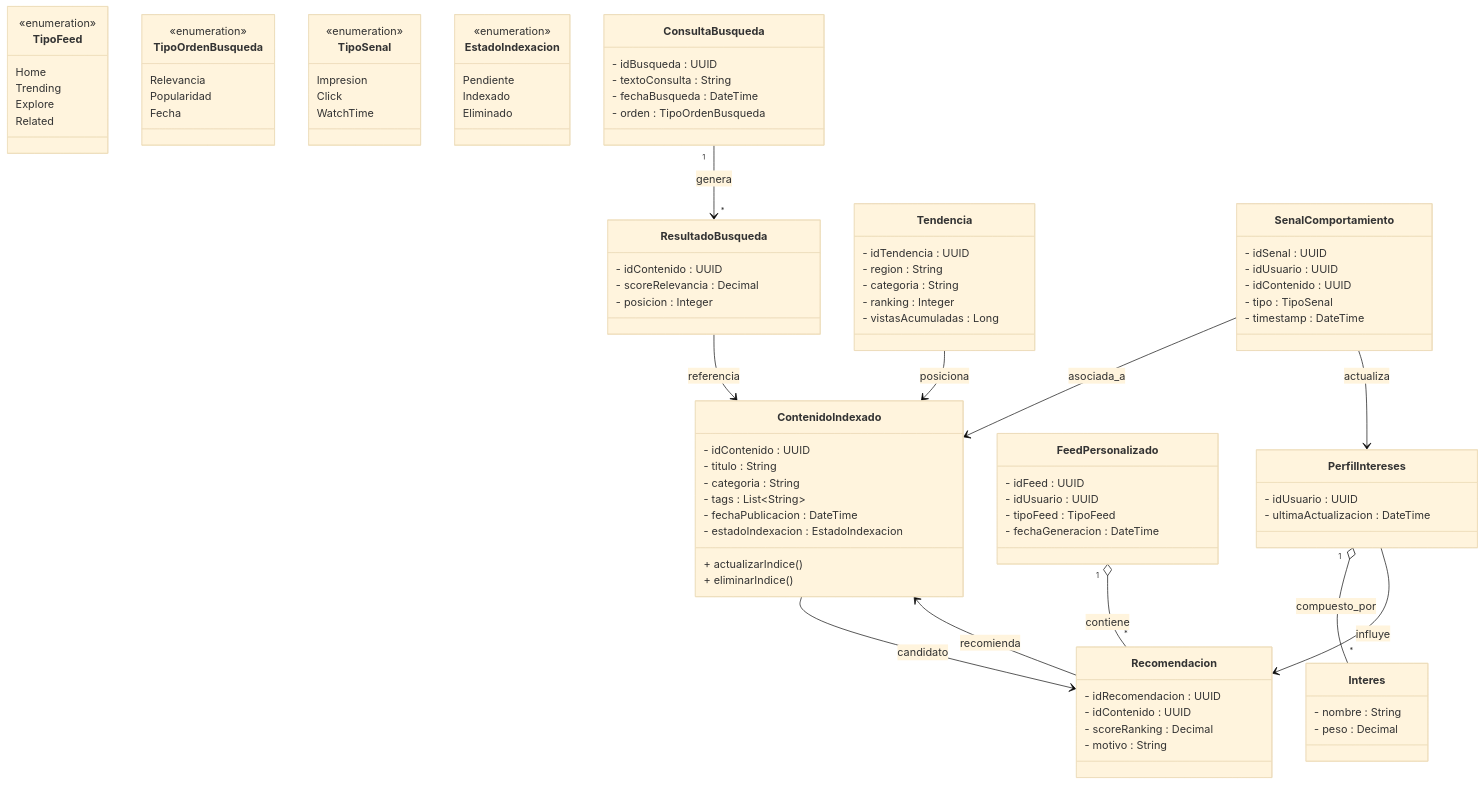
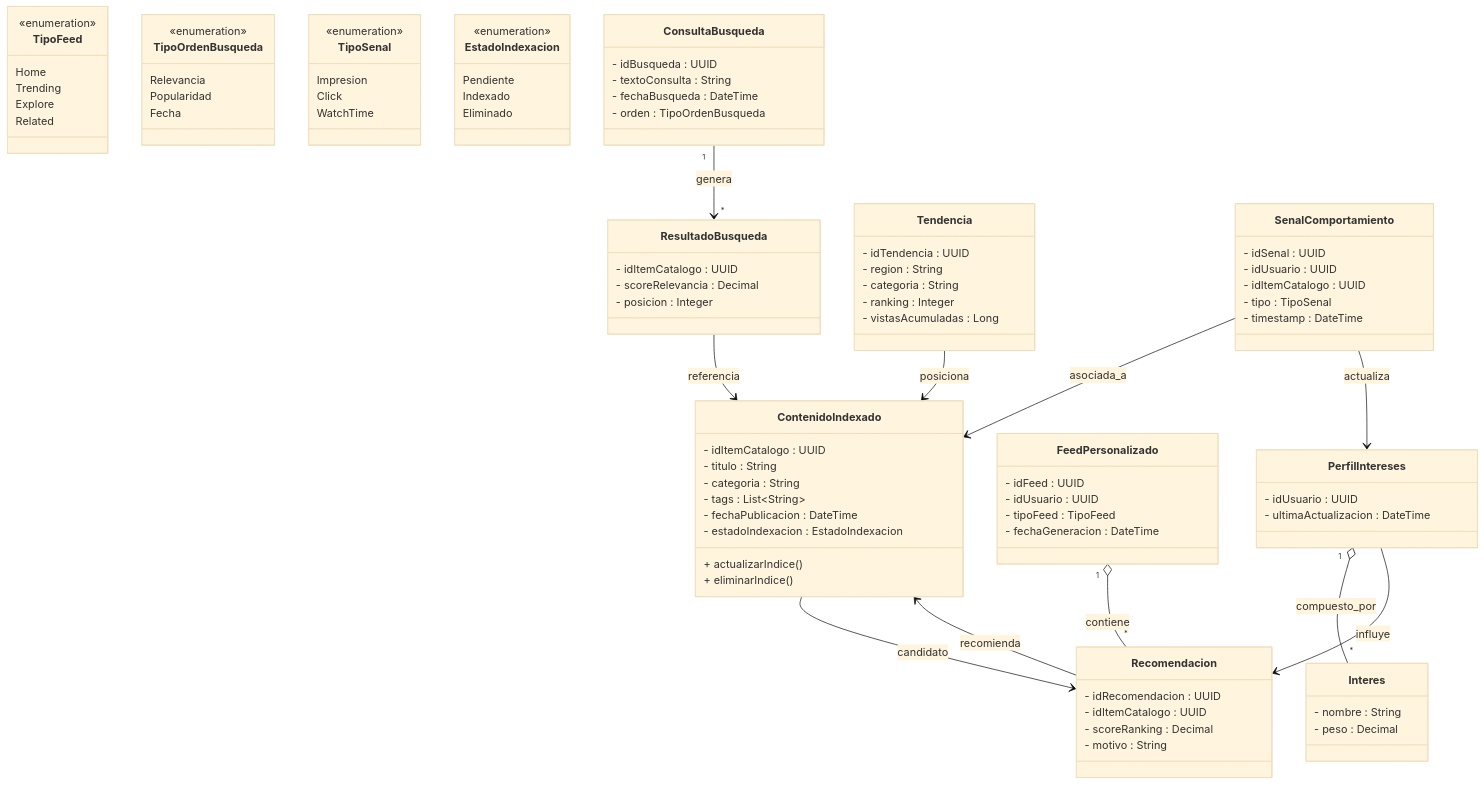
Before and after one commit to Wheaor/OpenAPI---Youtube: the first of 2 diagrams in bounded-contexts-3-descubrimiento/README.md, drawn with Mermaid (base theme). The commit also changed other lines of this file, not shown here.

```diff
--- a/bounded-contexts-3-descubrimiento/README.md
+++ b/bounded-contexts-3-descubrimiento/README.md
@@ -60,7 +62,7 @@
 
     %% --- DOMINIO DE INDEXACIÓN ---
     class ContenidoIndexado {
-        - idContenido : UUID
+        - idItemCatalogo : UUID
         - titulo : String
         - categoria : String
         - tags : List~String~
@@ -79,7 +81,7 @@
     }
 
     class ResultadoBusqueda {
-        - idContenido : UUID
+        - idItemCatalogo : UUID
         - scoreRelevancia : Decimal
         - posicion : Integer
     }
@@ -94,7 +96,7 @@
 
     class Recomendacion {
         - idRecomendacion : UUID
-        - idContenido : UUID
+        - idItemCatalogo : UUID
         - scoreRanking : Decimal
         - motivo : String
     }
@@ -122,7 +124,7 @@
     class SenalComportamiento {
         - idSenal : UUID
         - idUsuario : UUID
-        - idContenido : UUID
+        - idItemCatalogo : UUID
         - tipo : TipoSenal
         - timestamp : DateTime
     }
```
